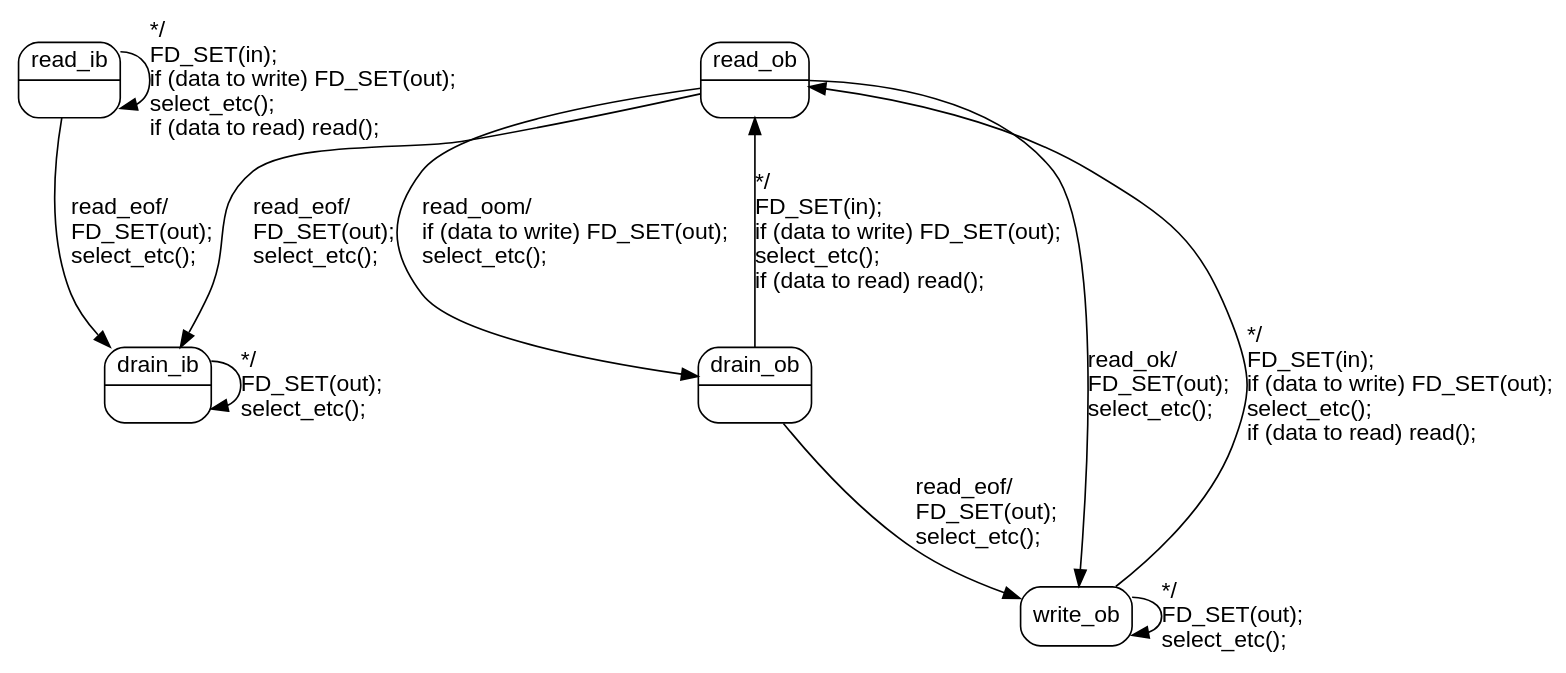
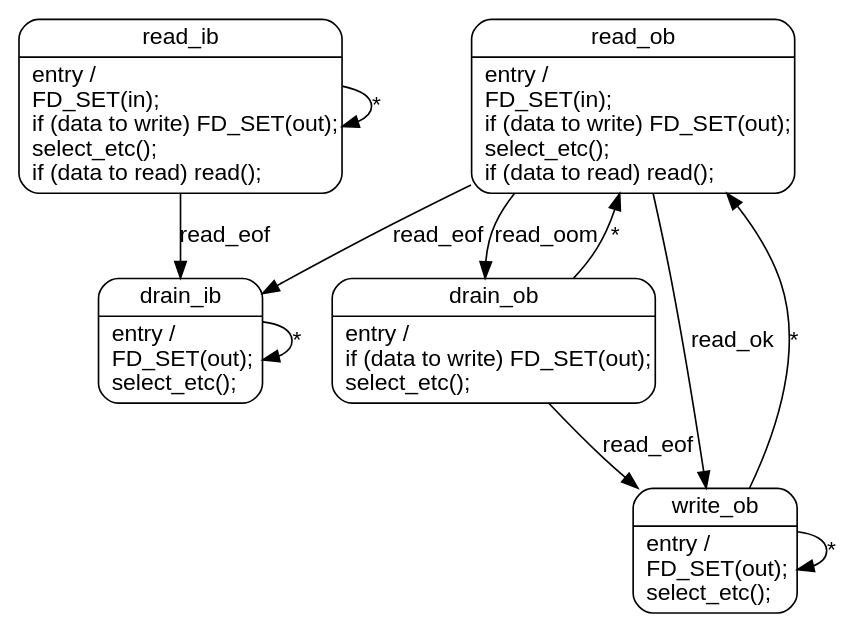
Before and after one commit to dspinellis/dgsh: the diagram in tee-state.dot, drawn with Graphviz.

Commit message:
Refactor common actions into entry actions

```diff
--- a/tee-state.dot
+++ b/tee-state.dot
@@ -1,25 +1,25 @@
 digraph teestate {
 	node [shape="record", style="rounded", fontname="Arial"];
 	edge [fontname="Arial"];
 
-	read_ib [label="{read_ib|}"];
-	read_ob [label="{read_ob|}"];
-	drain_ib [label="{drain_ib|}"];
-	drain_ob [label="{drain_ob|}"];
-	read_ob [label="{read_ob|}"];
+	drain_ib [label="{drain_ib|entry /\lFD_SET(out);\lselect_etc();\l}"];
+	drain_ob [label="{drain_ob|entry /\lif (data to write) FD_SET(out);\lselect_etc();\l}"];
+	read_ib [label="{read_ib|entry /\lFD_SET(in);\lif (data to write) FD_SET(out);\lselect_etc();\lif (data to read) read();\l}"];
+	read_ob [label="{read_ob|entry /\lFD_SET(in);\lif (data to write) FD_SET(out);\lselect_etc();\lif (data to read) read();\l}"];
+	write_ob [label="{write_ob|entry /\lFD_SET(out);\lselect_etc();\l}"];
 
-	read_ob -> drain_ib [label="read_eof/\lFD_SET(out);\lselect_etc();\l"];
-	read_ob -> write_ob [label="read_ok/\lFD_SET(out);\lselect_etc();\l"];
-	read_ob -> drain_ob [label="read_oom/\lif (data to write) FD_SET(out);\lselect_etc();\l"];
+	read_ob -> drain_ib [label="read_eof"];
+	read_ob -> write_ob [label="read_ok"];
+	read_ob -> drain_ob [label="read_oom"];
 
-	read_ib -> drain_ib [label="read_eof/\lFD_SET(out);\lselect_etc();\l"];
-	read_ib -> read_ib [label="*/\lFD_SET(in);\lif (data to write) FD_SET(out);\lselect_etc();\lif (data to read) read();\l"];
+	read_ib -> drain_ib [label="read_eof"];
+	read_ib -> read_ib [label="*"];
 
-	drain_ib -> drain_ib [label="*/\lFD_SET(out);\lselect_etc();\l"];
+	drain_ib -> drain_ib [label="*"];
 
-	write_ob -> read_ob [label="*/\lFD_SET(in);\lif (data to write) FD_SET(out);\lselect_etc();\lif (data to read) read();\l"];
-	write_ob -> write_ob [label="*/\lFD_SET(out);\lselect_etc();\l"];
+	write_ob -> read_ob [label="*"];
+	write_ob -> write_ob [label="*"];
 
-	drain_ob -> read_ob [label="*/\lFD_SET(in);\lif (data to write) FD_SET(out);\lselect_etc();\lif (data to read) read();\l"];
-	drain_ob -> write_ob [label="read_eof/\lFD_SET(out);\lselect_etc();\l"];
+	drain_ob -> read_ob [label="*"];
+	drain_ob -> write_ob [label="read_eof"];
 }
```
